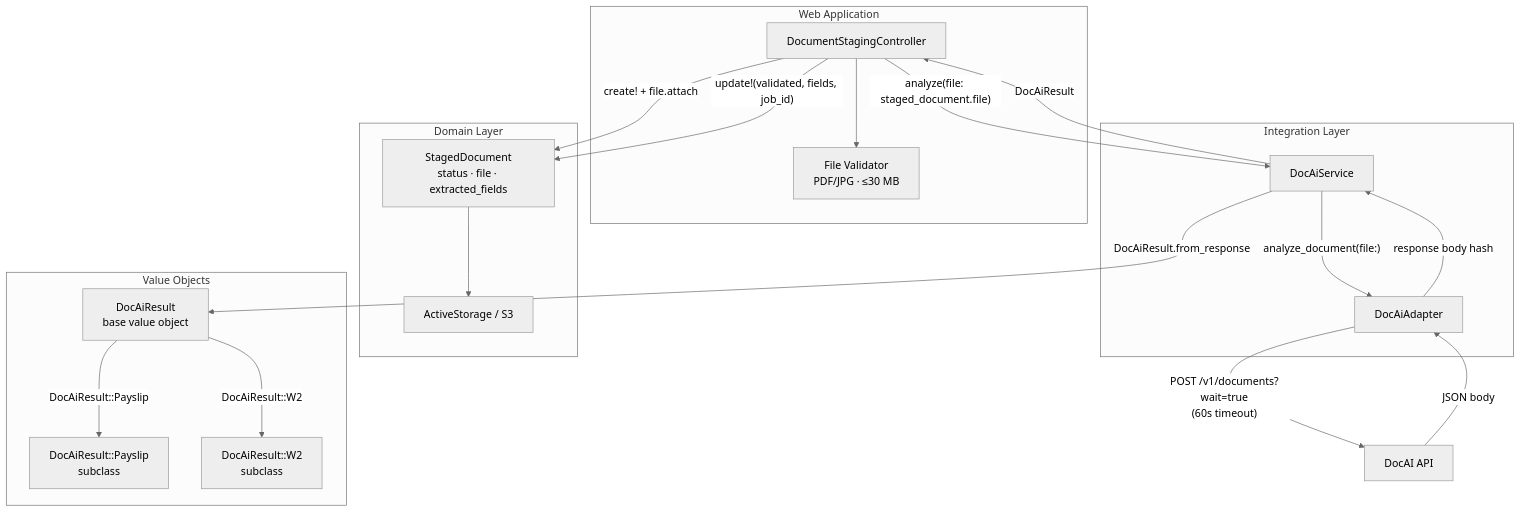
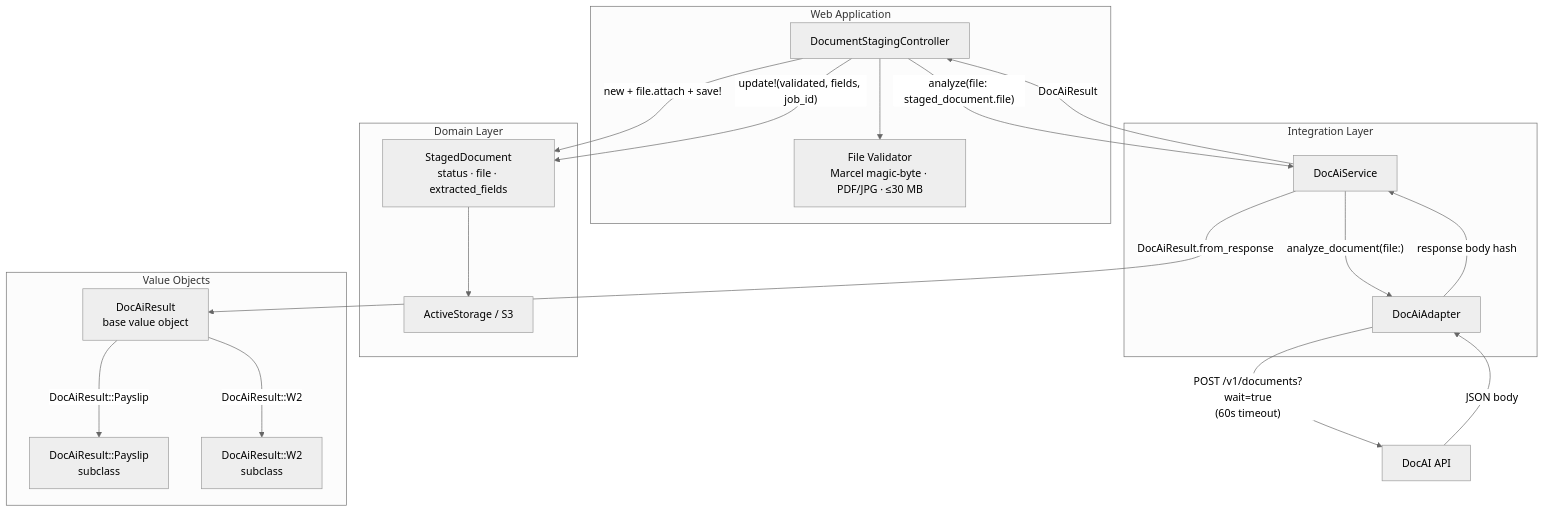
One commit to navapbc/oscer changed the seventh of 7 diagrams in docs/architecture/doc-ai-integration/doc-ai-api.md. Above: the diagram before and after it, drawn with Mermaid (neutral theme). The commit also changed other lines of this file, not shown here.

````diff
--- a/docs/architecture/doc-ai-integration/doc-ai-api.md
+++ b/docs/architecture/doc-ai-integration/doc-ai-api.md
@@ -266,37 +265,37 @@
 ```mermaid
 flowchart TB
     subgraph web [Web Application]
         Controller[DocumentStagingController]
-        Validator[File Validator\nPDF/JPG · ≤30 MB]
+        Validator[File Validator\nMarcel magic-byte · PDF/JPG · ≤30 MB]
     end
 
     subgraph domain [Domain Layer]
         StagedDoc[StagedDocument\nstatus · file · extracted_fields]
         AS[ActiveStorage / S3]
     end
 
     subgraph integration [Integration Layer]
         Service[DocAiService]
         Adapter[DocAiAdapter]
     end
 
     subgraph results [Value Objects]
         Result[DocAiResult\nbase value object]
         Payslip[DocAiResult::Payslip\nsubclass]
         W2[DocAiResult::W2\nsubclass]
     end
 
     Controller --> Validator
-    Controller -->|"create! + file.attach"| StagedDoc
+    Controller -->|"new + file.attach + save!"| StagedDoc
     StagedDoc --> AS
     Controller -->|"analyze(file: staged_document.file)"| Service
     Service -->|"analyze_document(file:)"| Adapter
     Adapter -->|"POST /v1/documents?wait=true\n(60s timeout)"| DocAI[DocAI API]
     DocAI -->|"JSON body"| Adapter
     Adapter -->|"response body hash"| Service
     Service -->|"DocAiResult.from_response"| Result
     Result -->|"DocAiResult::Payslip"| Payslip
     Result -->|"DocAiResult::W2"| W2
     Service -->|"DocAiResult"| Controller
     Controller -->|"update!(validated, fields, job_id)"| StagedDoc
 ```
````
